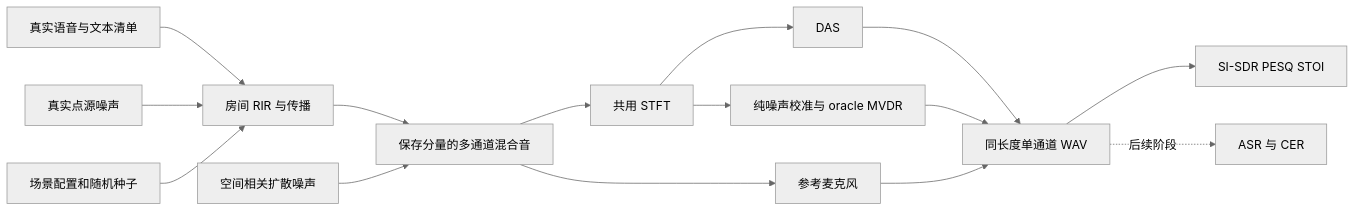
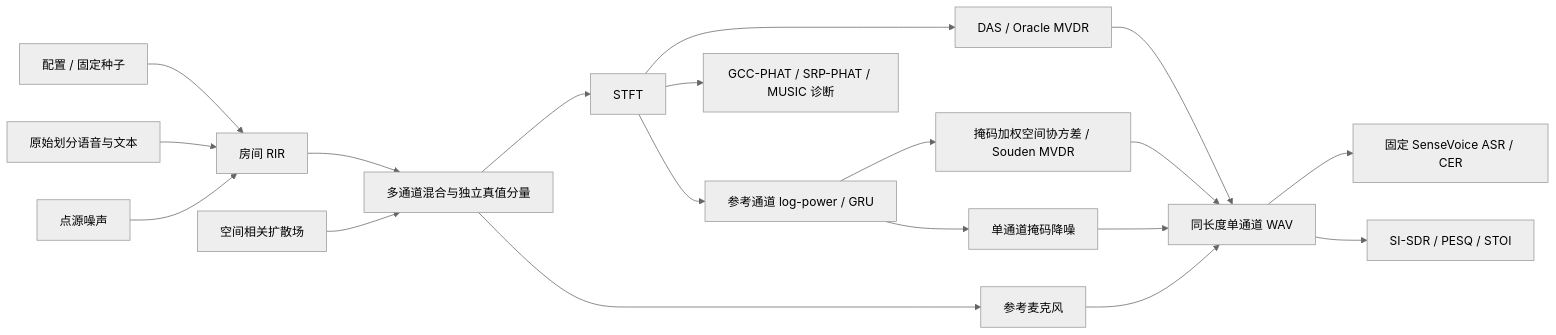
The diagram in README.md (kingcrabwang/farfield-asr), drawn with Mermaid (neutral theme) before and after one commit. The commit also changed other lines of this file and 60 other files, not shown here.

````diff
--- a/README.md
+++ b/README.md
@@ -97,17 +31,21 @@
 ```mermaid
 flowchart LR
-    Speech[真实语音与文本清单] --> RIR[房间 RIR 与传播]
-    Noise[真实点源噪声] --> RIR
-    Config[场景配置和随机种子] --> RIR
-    RIR --> Mix[保存分量的多通道混合音]
-    Diffuse[空间相关扩散噪声] --> Mix
-    Mix --> STFT[共用 STFT]
-    STFT --> DAS[DAS]
-    STFT --> MVDR[纯噪声校准与 oracle MVDR]
-    Mix --> Ref[参考麦克风]
-    DAS --> WAV[同长度单通道 WAV]
-    MVDR --> WAV
-    Ref --> WAV
-    WAV --> Metrics[SI-SDR PESQ STOI]
-    WAV -. 后续阶段 .-> ASR[ASR 与 CER]
+    C[配置 / 固定种子] --> R[房间 RIR]
+    S[原始划分语音与文本] --> R
+    N[点源噪声] --> R
+    R --> X[多通道混合与独立真值分量]
+    D[空间相关扩散场] --> X
+    X --> F[STFT]
+    F --> B[DAS / Oracle MVDR]
+    F --> G[参考通道 log-power / GRU]
+    G --> M[掩码加权空间协方差 / Souden MVDR]
+    G --> U[单通道掩码降噪]
+    X --> O[参考麦克风]
+    B --> W[同长度单通道 WAV]
+    M --> W
+    U --> W
+    O --> W
+    W --> A[固定 SenseVoice ASR / CER]
+    W --> E[SI-SDR / PESQ / STOI]
+    F --> Q[GCC-PHAT / SRP-PHAT / MUSIC 诊断]
 ```
````
